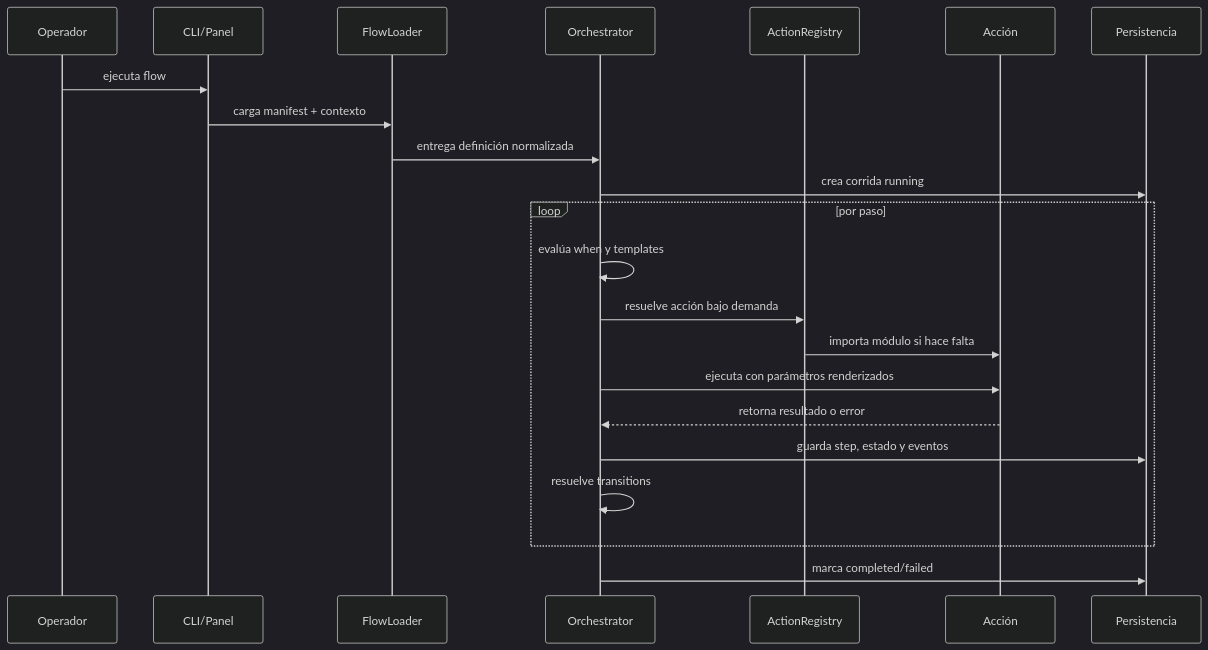
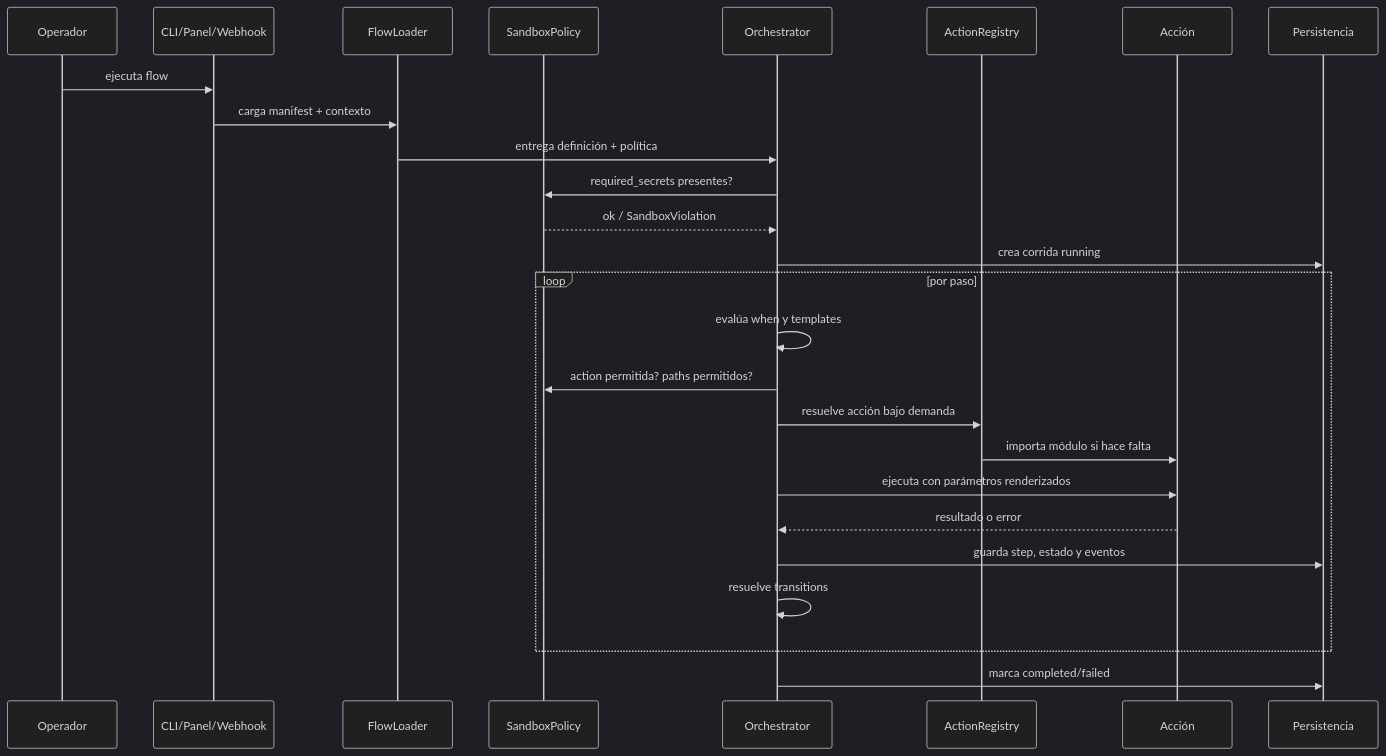
Before and after one commit to vladimiracunadev-create/flujo-autonomo-repo: the diagram in docs/ARQUITECTURA.md, drawn with Mermaid (dark theme). The commit also changed other lines of this file and 8 other files, not shown here.

````diff
--- a/docs/ARQUITECTURA.md
+++ b/docs/ARQUITECTURA.md
@@ -18,25 +20,29 @@
 ```mermaid
 sequenceDiagram
     participant User as Operador
-    participant CLI as CLI/Panel
+    participant CLI as CLI/Panel/Webhook
     participant Loader as FlowLoader
+    participant Sandbox as SandboxPolicy
     participant Engine as Orchestrator
     participant Registry as ActionRegistry
     participant Action as Acción
     participant Store as Persistencia
 
     User->>CLI: ejecuta flow
     CLI->>Loader: carga manifest + contexto
-    Loader->>Engine: entrega definición normalizada
+    Loader->>Engine: entrega definición + política
+    Engine->>Sandbox: required_secrets presentes?
+    Sandbox-->>Engine: ok / SandboxViolation
     Engine->>Store: crea corrida running
     loop por paso
         Engine->>Engine: evalúa when y templates
+        Engine->>Sandbox: action permitida? paths permitidos?
         Engine->>Registry: resuelve acción bajo demanda
         Registry->>Action: importa módulo si hace falta
         Engine->>Action: ejecuta con parámetros renderizados
-        Action-->>Engine: retorna resultado o error
+        Action-->>Engine: resultado o error
         Engine->>Store: guarda step, estado y eventos
         Engine->>Engine: resuelve transitions
     end
     Engine->>Store: marca completed/failed
 ```
````
